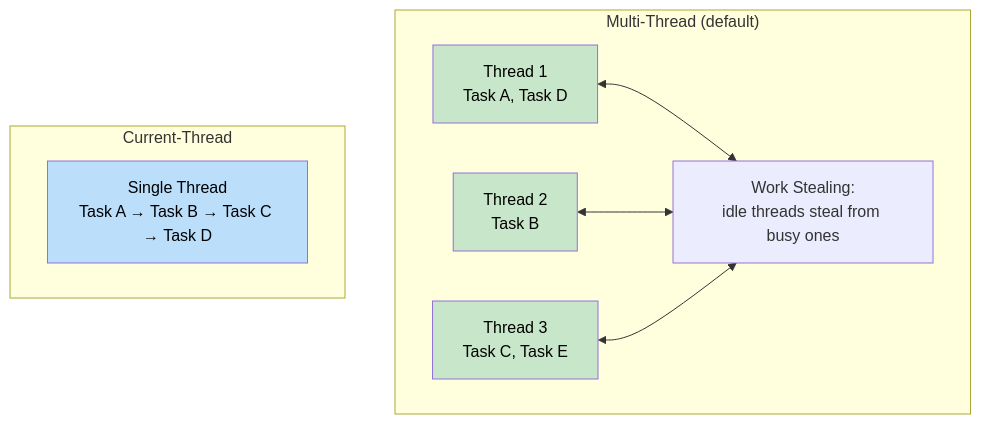
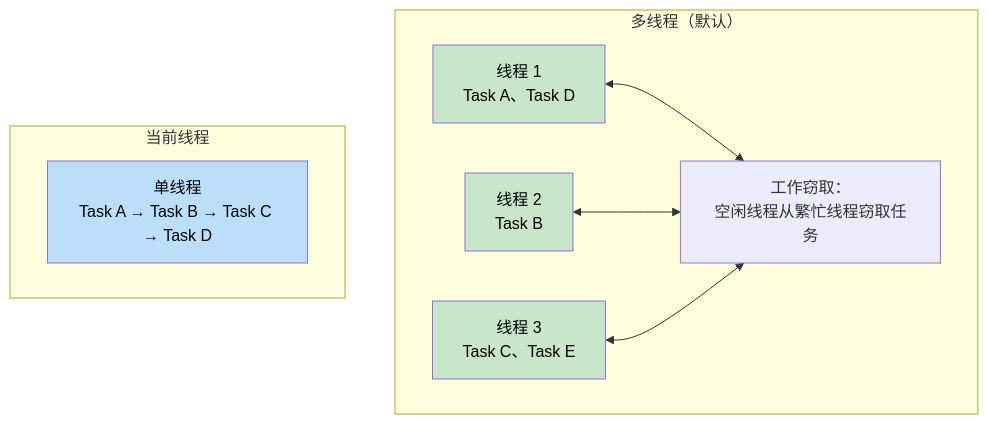
The first of 3 diagrams in async-book/src-zh/ch08-tokio-deep-dive.md (hearsay316/RustTraining), drawn with Mermaid before and after one commit. The commit also changed other lines of this file and 18 other files, not shown here.

````diff
--- a/async-book/src-zh/ch08-tokio-deep-dive.md
+++ b/async-book/src-zh/ch08-tokio-deep-dive.md
@@ -41,21 +41,21 @@
 ```mermaid
 graph TB
-    subgraph "Multi-Thread (default)"
-        MT_Q1["Thread 1<br/>Task A, Task D"]
-        MT_Q2["Thread 2<br/>Task B"]
-        MT_Q3["Thread 3<br/>Task C, Task E"]
-        STEAL["Work Stealing:<br/>idle threads steal from busy ones"]
+    subgraph "多线程（默认）"
+        MT_Q1["线程 1<br/>Task A、Task D"]
+        MT_Q2["线程 2<br/>Task B"]
+        MT_Q3["线程 3<br/>Task C、Task E"]
+        STEAL["工作窃取：<br/>空闲线程从繁忙线程窃取任务"]
         MT_Q1 <--> STEAL
         MT_Q2 <--> STEAL
         MT_Q3 <--> STEAL
     end
 
-    subgraph "Current-Thread"
-        ST_Q["Single Thread<br/>Task A → Task B → Task C → Task D"]
+    subgraph "当前线程"
+        ST_Q["单线程<br/>Task A → Task B → Task C → Task D"]
     end
 
     style MT_Q1 fill:#c8e6c9,color:#000
     style MT_Q2 fill:#c8e6c9,color:#000
     style MT_Q3 fill:#c8e6c9,color:#000
     style ST_Q fill:#bbdefb,color:#000
 ```
````
